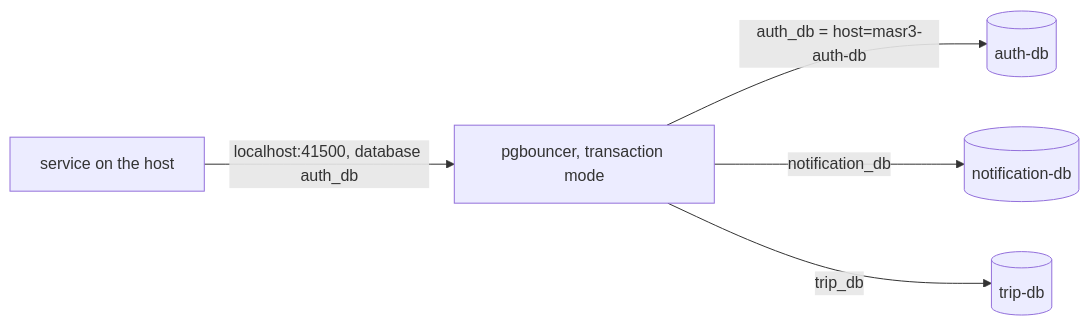
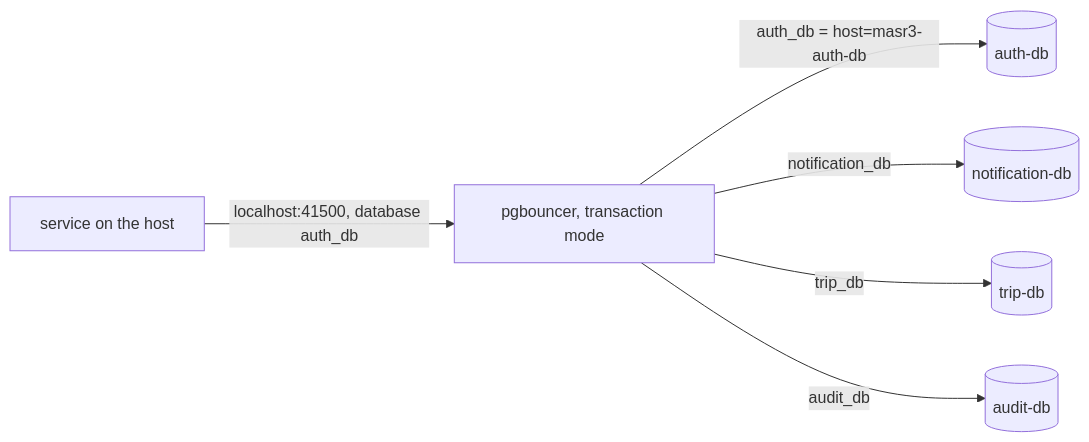
The second of 3 diagrams in docs/infrastructure.md (Mohammed-Taysser/masr3), drawn with Mermaid before and after one commit. The commit also changed other lines of this file and 114 other files, not shown here.

````diff
--- a/docs/infrastructure.md
+++ b/docs/infrastructure.md
@@ -69,7 +74,8 @@
 ```mermaid
 flowchart LR
   app[service on the host] -->|"localhost:41500, database auth_db"| pgb[pgbouncer, transaction mode]
   pgb -->|"auth_db = host=masr3-auth-db"| a[(auth-db)]
   pgb -->|notification_db| n[(notification-db)]
   pgb -->|trip_db| t[(trip-db)]
+  pgb -->|audit_db| au[(audit-db)]
 ```
````
